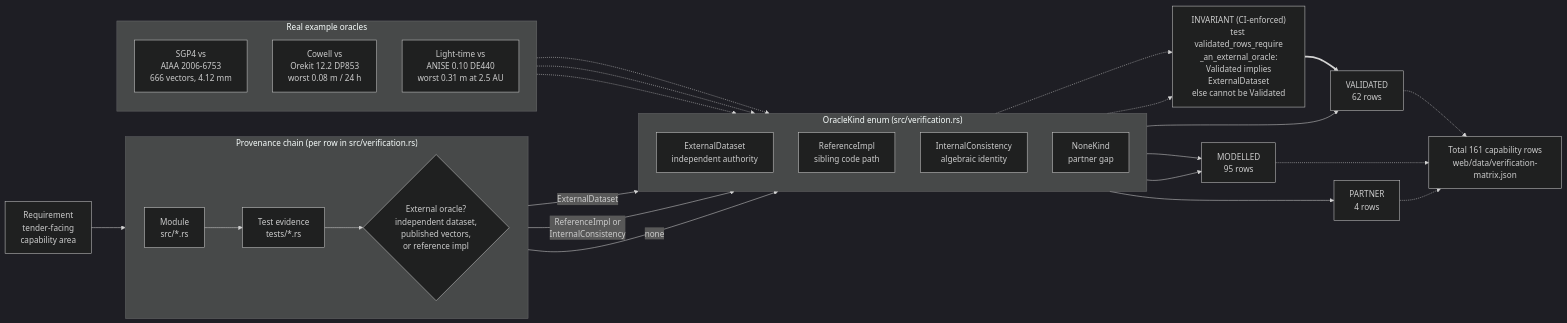
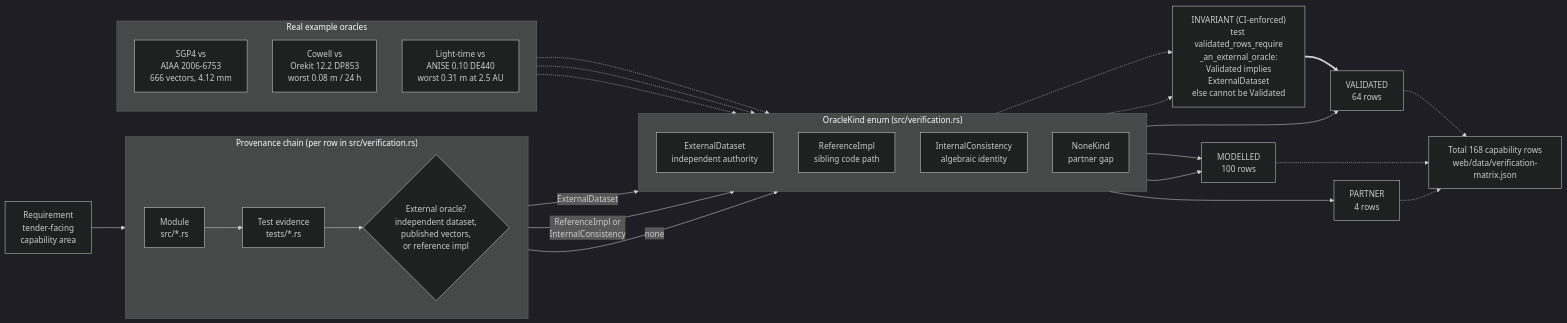
One commit to ashfordeOU/kshana changed the diagram in docs/diagrams/validation-provenance.mmd. Above: the diagram before and after it, drawn with Mermaid (dark theme). The commit also changed 36 other files, not shown here.

```diff
--- a/docs/diagrams/validation-provenance.mmd
+++ b/docs/diagrams/validation-provenance.mmd
@@ -1,49 +1,49 @@
 flowchart LR
     REQ["Requirement<br/>tender-facing<br/>capability area"]
 
     subgraph CHAIN["Provenance chain (per row in src/verification.rs)"]
         direction LR
         MOD["Module<br/>src/*.rs"]
         TST["Test evidence<br/>tests/*.rs"]
         ORA{"External oracle?<br/>independent dataset,<br/>published vectors,<br/>or reference impl"}
     end
 
     REQ --> MOD --> TST --> ORA
 
     subgraph KINDS["OracleKind enum (src/verification.rs)"]
         direction TD
         EXT["ExternalDataset<br/>independent authority"]
         REF["ReferenceImpl<br/>sibling code path"]
         INT["InternalConsistency<br/>algebraic identity"]
         NON["NoneKind<br/>partner gap"]
     end
 
     ORA -->|ExternalDataset| EXT
     ORA -->|"ReferenceImpl or<br/>InternalConsistency"| INT
     ORA -->|none| NON
 
     GUARD["INVARIANT (CI-enforced)<br/>test validated_rows_require<br/>_an_external_oracle:<br/>Validated implies<br/>ExternalDataset<br/>else cannot be Validated"]
     EXT -.-> GUARD
     INT -.-> GUARD
 
-    EXT --> VAL["VALIDATED<br/>62 rows"]
-    REF --> MDL["MODELLED<br/>95 rows"]
+    EXT --> VAL["VALIDATED<br/>64 rows"]
+    REF --> MDL["MODELLED<br/>100 rows"]
     INT --> MDL
     NON --> PRT["PARTNER<br/>4 rows"]
     GUARD ==> VAL
 
     subgraph EX["Real example oracles"]
         direction TD
         E1["SGP4 vs<br/>AIAA 2006-6753<br/>666 vectors, 4.12 mm"]
         E2["Cowell vs<br/>Orekit 12.2 DP853<br/>worst 0.08 m / 24 h"]
         E3["Light-time vs<br/>ANISE 0.10 DE440<br/>worst 0.31 m at 2.5 AU"]
     end
 
     E1 -.-> EXT
     E2 -.-> EXT
     E3 -.-> EXT
 
-    TOTAL["Total 161 capability rows<br/>web/data/verification-matrix.json"]
+    TOTAL["Total 168 capability rows<br/>web/data/verification-matrix.json"]
     VAL -.-> TOTAL
     MDL -.-> TOTAL
     PRT -.-> TOTAL
```
